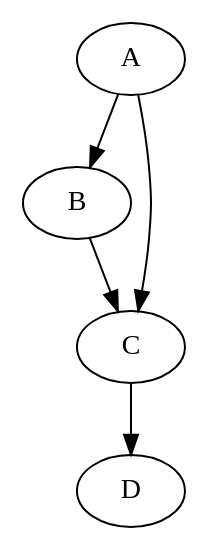
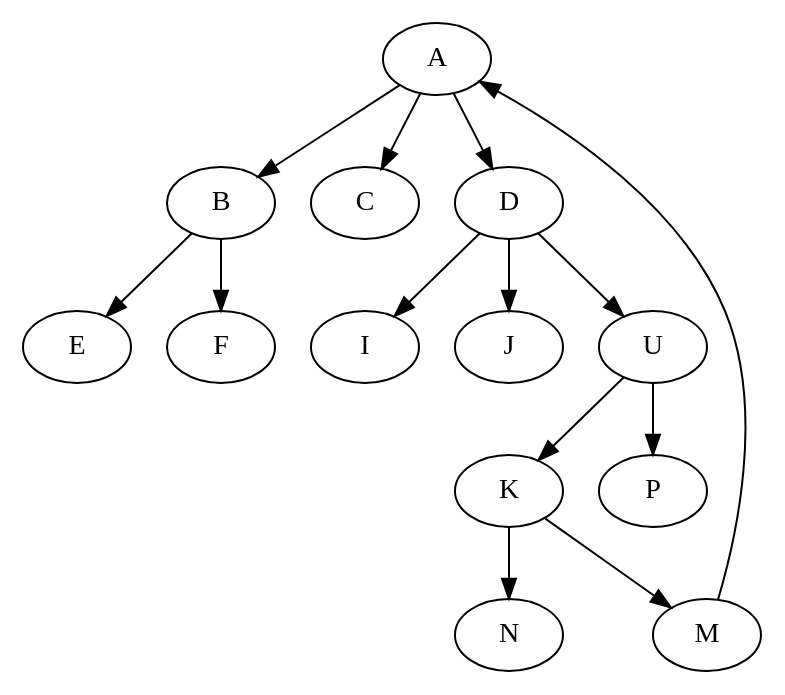
Before and after one commit to ACBozzi/t1-grafos: the diagram in demo.dot, drawn with Graphviz. The commit also changed 5 other files, not shown here.

```diff
--- a/demo.dot
+++ b/demo.dot
@@ -1,6 +1,15 @@
 digraph G{
-	A -> B {label="10"}
-	A -> C {label="10"}
-	B -> C {label="1"}
-	C -> D {label="1"}
+	A -> B {label="1"} 
+	A -> C {label="1"} 
+	A -> D {label="1"}
+	B -> E {label="1"}
+	B -> F {label="1"}
+	D -> I {label="1"}
+	D -> J {label="1"}
+	D -> U {label="1"}
+	U -> K {label="1"}
+	U -> P {label="1"}
+	K -> N {label="1"}
+	K -> M {label="1"}
+	M -> A {label="1"}
 }
```
